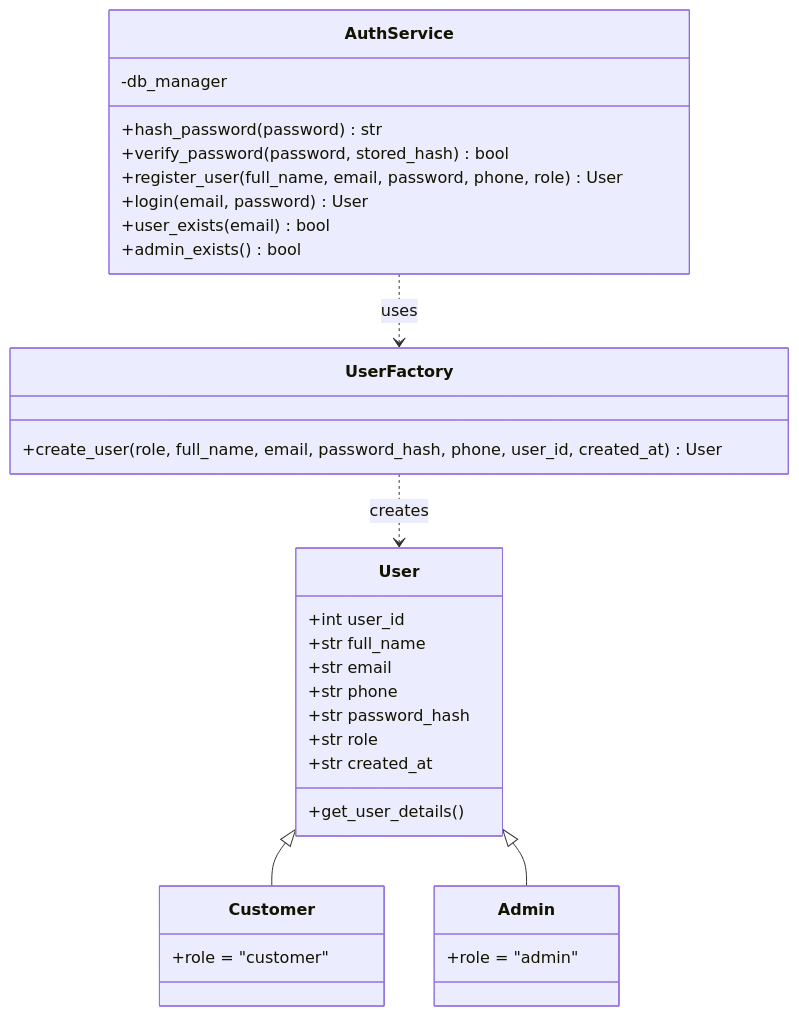
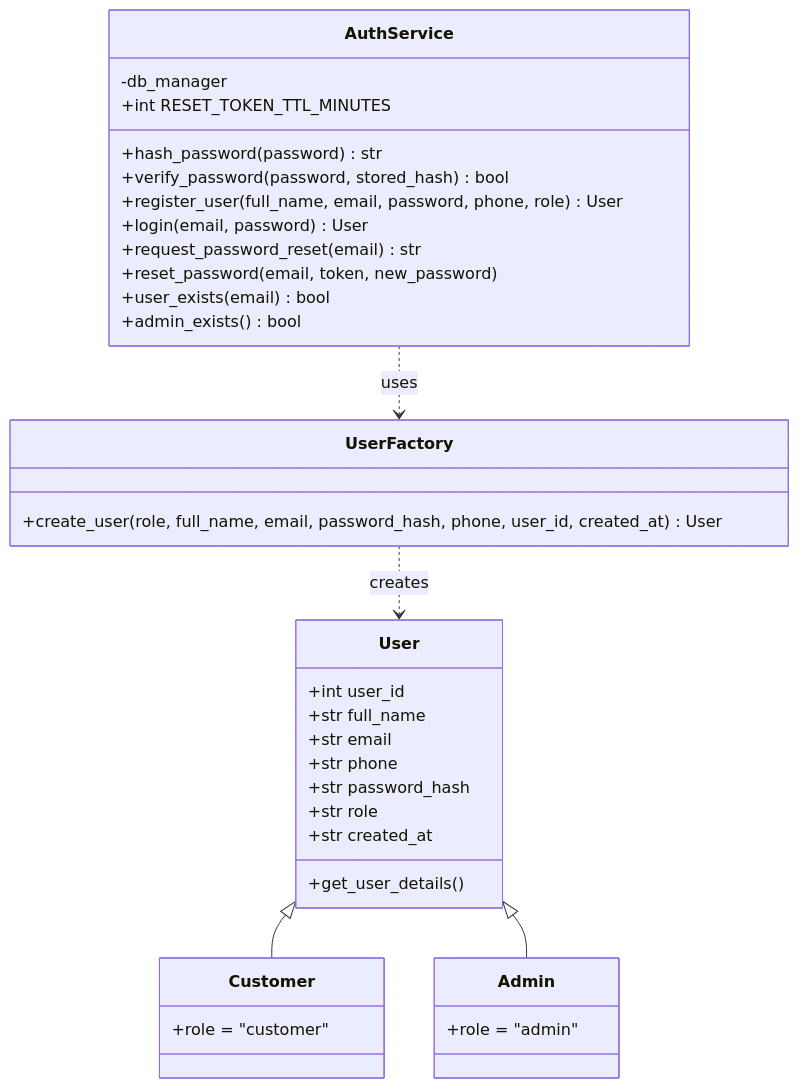
The third of 8 diagrams in W10/Ako-puku_Login_Demo/README.md (eirikrbe/MSE800-PSD), drawn with Mermaid before and after one commit. The commit also changed other lines of this file and 4 other files, not shown here.

````diff
--- a/W10/Ako-puku_Login_Demo/README.md
+++ b/W10/Ako-puku_Login_Demo/README.md
@@ -85,40 +85,43 @@
 ```mermaid
 classDiagram
     class User {
         +int user_id
         +str full_name
         +str email
         +str phone
         +str password_hash
         +str role
         +str created_at
         +get_user_details()
     }
 
     class Customer {
         +role = "customer"
     }
 
     class Admin {
         +role = "admin"
     }
 
     class UserFactory {
         +create_user(role, full_name, email, password_hash, phone, user_id, created_at) User
     }
 
     class AuthService {
         -db_manager
+        +int RESET_TOKEN_TTL_MINUTES
         +hash_password(password) str
         +verify_password(password, stored_hash) bool
         +register_user(full_name, email, password, phone, role) User
         +login(email, password) User
+        +request_password_reset(email) str
+        +reset_password(email, token, new_password)
         +user_exists(email) bool
         +admin_exists() bool
     }
 
     User <|-- Customer
     User <|-- Admin
     UserFactory ..> User : creates
     AuthService ..> UserFactory : uses
 ```
````
